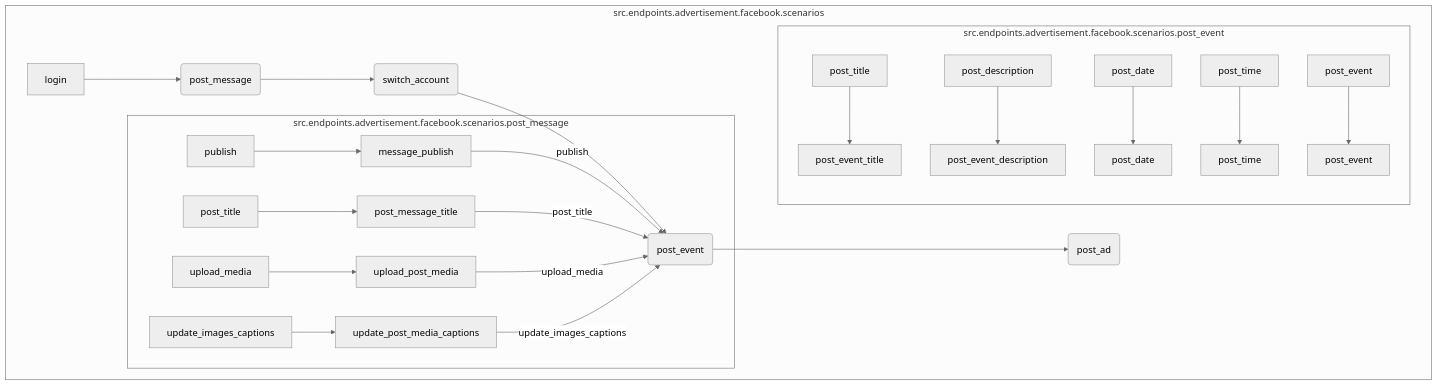
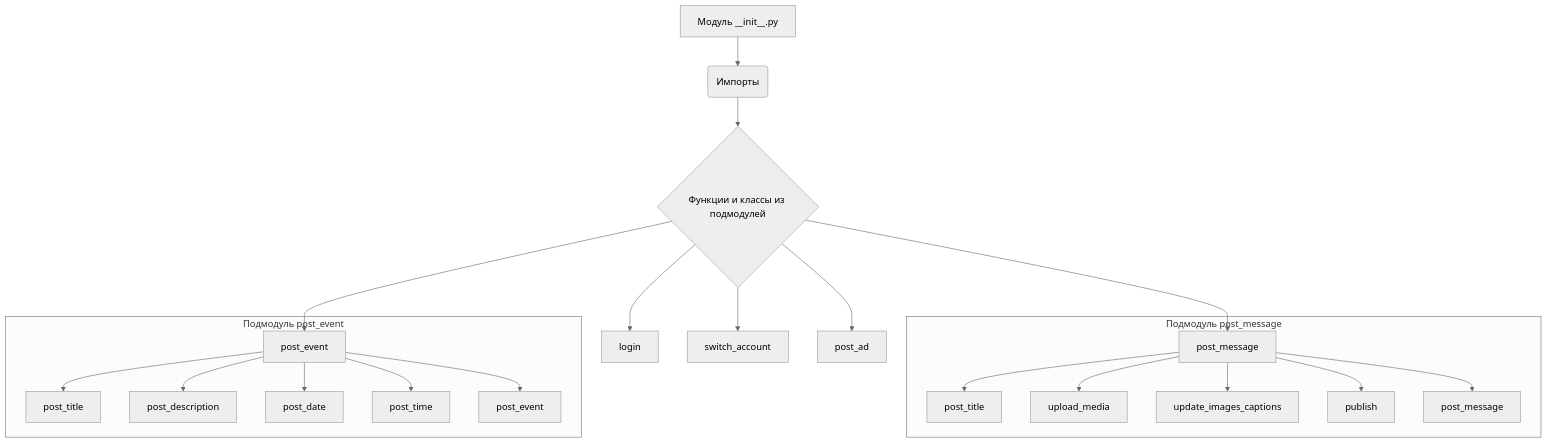
The first of 2 diagrams in docs/gemini/ru/explainer/src/endpoints/advertisement/facebook/scenarios/__init__.md (hypo69/hypo), drawn with Mermaid (neutral theme) before and after one commit. The commit also changed other lines of this file and 43 other files, not shown here.

````diff
--- a/docs/gemini/ru/explainer/src/endpoints/advertisement/facebook/scenarios/__init__.md
+++ b/docs/gemini/ru/explainer/src/endpoints/advertisement/facebook/scenarios/__init__.md
@@ -63,31 +40,29 @@
 ```mermaid
 graph TD
-    subgraph "src.endpoints.advertisement.facebook.scenarios"
-        A[login] --> B(post_message);
-        B --> C(switch_account);
-        C --> D(post_event);
-        D --> E(post_ad);
-        subgraph "src.endpoints.advertisement.facebook.scenarios.post_message"
-            B1[post_title] --> B1_2[post_message_title];
-            B2[upload_media] --> B2_2[upload_post_media];
-            B3[update_images_captions] --> B3_2[update_post_media_captions];
-            B4[publish] --> B4_2[message_publish];
-
-            B4_2 -- publish --> D
-            B1_2 -- post_title --> D;
-            B2_2 -- upload_media --> D;
-            B3_2 -- update_images_captions --> D;
-
-
-
-        end
-        subgraph "src.endpoints.advertisement.facebook.scenarios.post_event"
-            D1[post_title] --> D1_2[post_event_title];
-            D2[post_description] --> D2_2[post_event_description];
-            D3[post_date] --> D3_2[post_date];
-            D4[post_time] --> D4_2[post_time];
-            D5[post_event] --> D5_2[post_event];
-
-        end
+    A[Модуль __init__.py] --> B(Импорты);
+    B --> C{Функции и классы из подмодулей};
+    C --> D[login];
+    C --> E[switch_account];
+    C --> F[post_message];
+    C --> G[post_event];
+    C --> H[post_ad];
+    
+    subgraph "Подмодуль post_message"
+        F --> I[post_title];
+        F --> J[upload_media];
+        F --> K[update_images_captions];
+        F --> L[publish];
+        F --> M[post_message];
     end
+    
+    subgraph "Подмодуль post_event"
+        G --> N[post_title];
+        G --> O[post_description];
+        G --> P[post_date];
+        G --> Q[post_time];
+        G --> R[post_event];
+    end
+    
+    
+    
 ```
````
